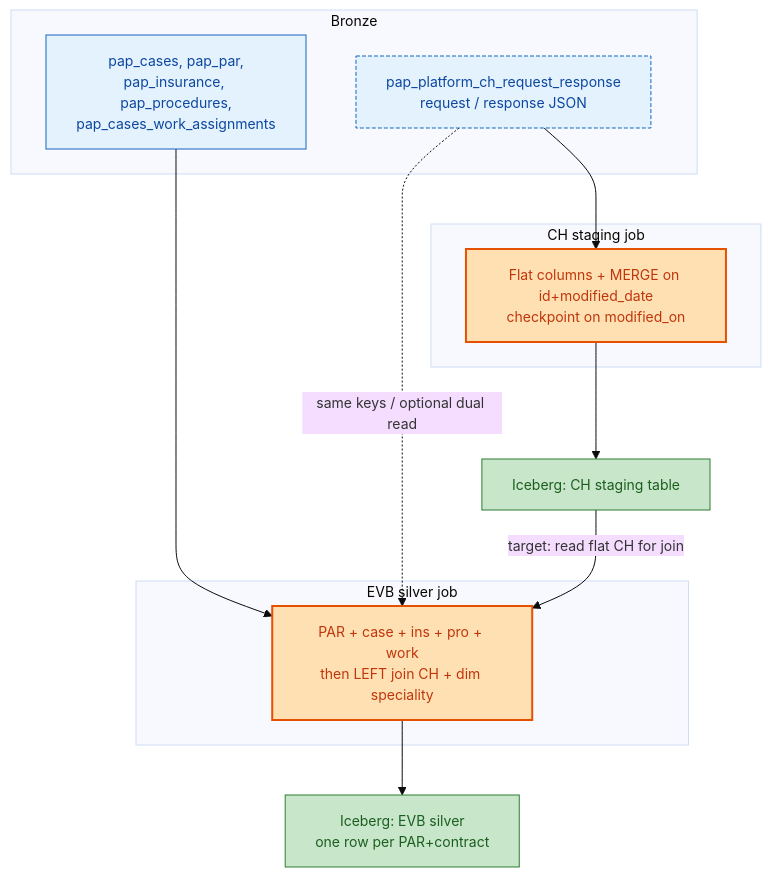
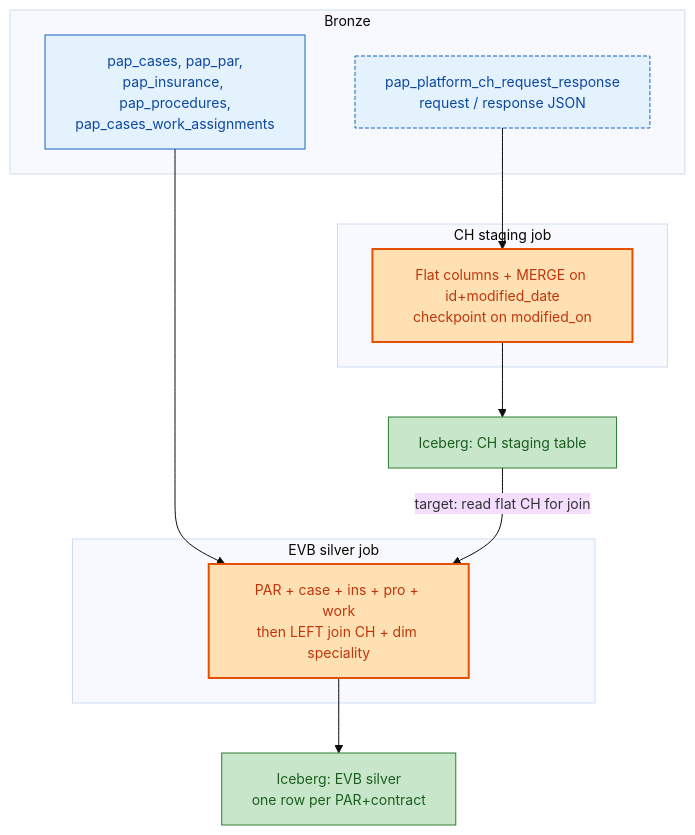
The first of 2 diagrams in EVB_AGENT_RAW_DATA_NEW_BUSINESS_AND_TECHNICAL_V2.md (Kuldeep-kdp/Documents), drawn with Mermaid before and after one commit.

````diff
--- a/EVB_AGENT_RAW_DATA_NEW_BUSINESS_AND_TECHNICAL_V2.md
+++ b/EVB_AGENT_RAW_DATA_NEW_BUSINESS_AND_TECHNICAL_V2.md
@@ -39,34 +39,33 @@
 ```mermaid
 %%{init: {'theme': 'base', 'themeVariables': { 'fontSize': '14px'}}}%%
 flowchart TB
   subgraph b["Bronze"]
     PAP["pap_cases, pap_par,\npap_insurance, pap_procedures,\npap_cases_work_assignments"]
     CHB["pap_platform_ch_request_response\nrequest / response JSON"]
   end
 
   subgraph stg["CH staging job"]
     S["Flat columns + MERGE on id+modified_date\ncheckpoint on modified_on"]
   end
 
   subgraph evb["EVB silver job"]
     E["PAR + case + ins + pro + work\nthen LEFT join CH + dim speciality"]
   end
 
   CHB --> S
   S --> CHS["Iceberg: CH staging table"]
   PAP --> E
-  CHB -.->|"same keys / optional dual read"| E
   CHS -->|"target: read flat CH for join"| E
   E --> SIL["Iceberg: EVB silver \none row per PAR+contract"]
 
   classDef bronze fill:#E3F2FD,stroke:#1565C0,stroke-width:1px,color:#0D47A1
   classDef ch fill:#FFF8E1,stroke:#F9A825,stroke-width:1px,color:#E65100
   classDef glue fill:#FFE0B2,stroke:#E65100,stroke-width:2px,color:#BF360C
   classDef ice fill:#C8E6C9,stroke:#2E7D32,stroke-width:1px,color:#1B5E20
   classDef dotted stroke-dasharray: 4 2
 
   class PAP,CHB bronze
   class S,E glue
   class CHS,SIL ice
   class CHB dotted
 ```
````
